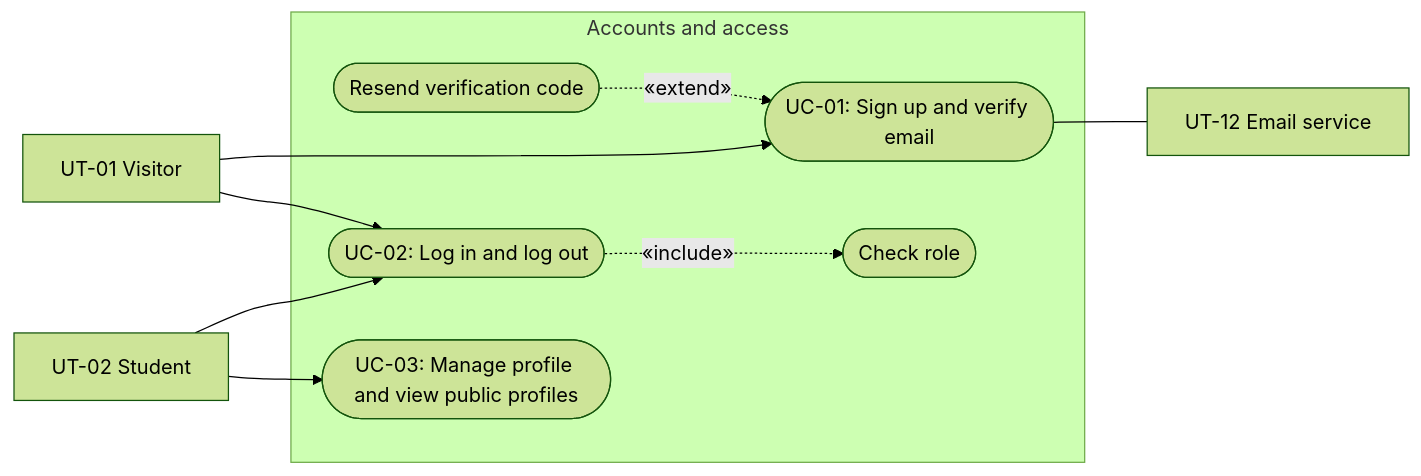
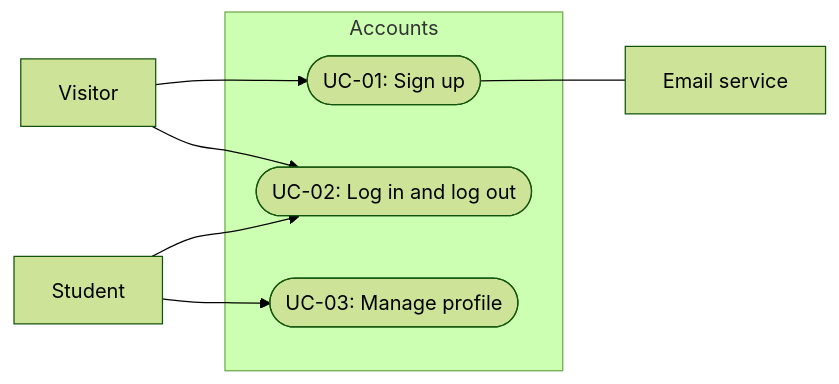
The second of 7 diagrams in docs/RequirementsSpec.md (FuatKarakaya/ShareMaxxing), drawn with Mermaid (forest theme) before and after one commit. The commit also changed other lines of this file, not shown here.

````diff
--- a/docs/RequirementsSpec.md
+++ b/docs/RequirementsSpec.md
@@ -570,23 +273,19 @@
 ```mermaid
 flowchart LR
-    Visitor["UT-01 Visitor"]
-    Student["UT-02 Student"]
+    Visitor["Visitor"]
+    Student["Student"]
 
-    subgraph System["Accounts and access"]
-        UC01(["UC-01: Sign up and verify email"])
-        Resend(["Resend verification code"])
+    subgraph System["Accounts"]
+        UC01(["UC-01: Sign up"])
         UC02(["UC-02: Log in and log out"])
-        Role(["Check role"])
-        UC03(["UC-03: Manage profile and view public profiles"])
+        UC03(["UC-03: Manage profile"])
     end
 
-    Mail["UT-12 Email service"]
+    Mail["Email service"]
 
     Visitor --> UC01
     Visitor --> UC02
     Student --> UC02
     Student --> UC03
-    Resend -.->|«extend»| UC01
-    UC02 -.->|«include»| Role
     UC01 --- Mail
 ```
````
